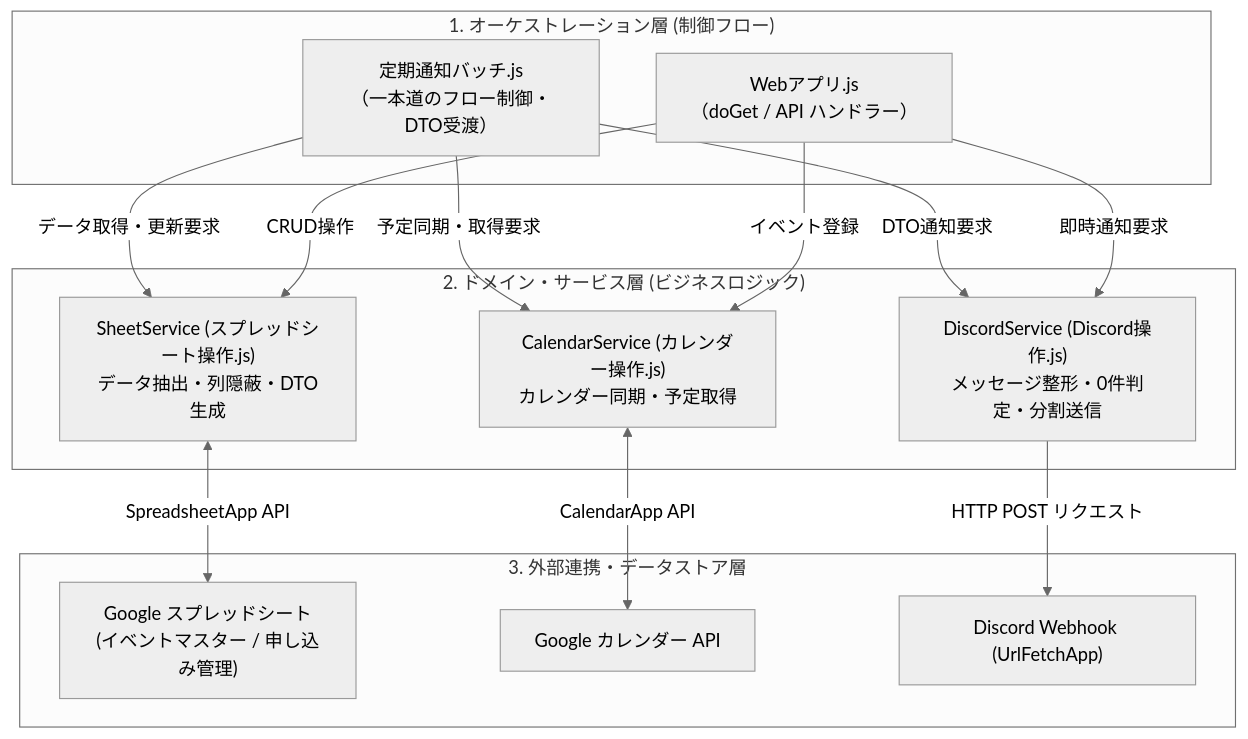
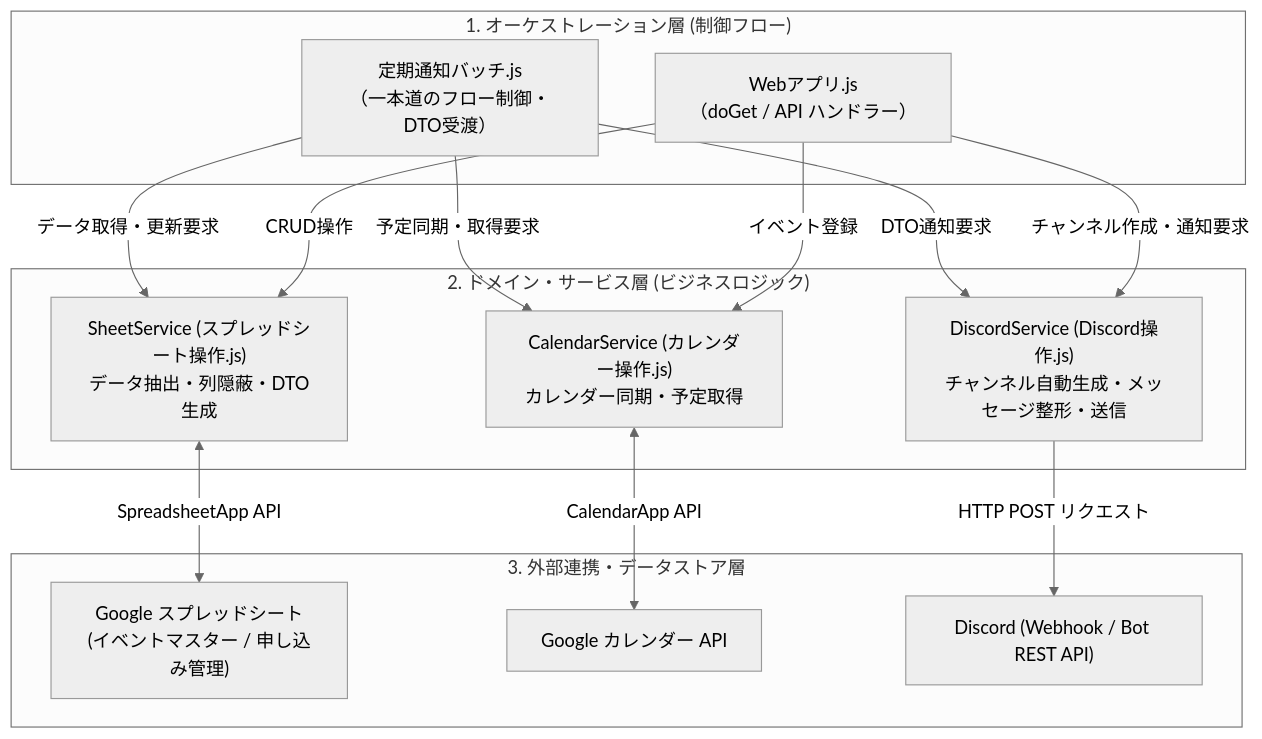
One commit to miyagey/discord-notifier changed the diagram in docs/ARCHITECTURE.md. Above: the diagram before and after it, drawn with Mermaid (neutral theme). The commit also changed other lines of this file and 6 other files, not shown here.

````diff
--- a/docs/ARCHITECTURE.md
+++ b/docs/ARCHITECTURE.md
@@ -11,31 +11,31 @@
 ```mermaid
 flowchart TD
     subgraph OrchestrationLayer ["1. オーケストレーション層 (制御フロー)"]
         Batch["定期通知バッチ.js<br>（一本道のフロー制御・DTO受渡）"]
         WebApp["Webアプリ.js<br>（doGet / API ハンドラー）"]
     end
 
     subgraph ServiceLayer ["2. ドメイン・サービス層 (ビジネスロジック)"]
         SheetService["SheetService (スプレッドシート操作.js)<br>データ抽出・列隠蔽・DTO生成"]
         CalendarService["CalendarService (カレンダー操作.js)<br>カレンダー同期・予定取得"]
-        DiscordService["DiscordService (Discord操作.js)<br>メッセージ整形・0件判定・分割送信"]
+        DiscordService["DiscordService (Discord操作.js)<br>チャンネル自動生成・メッセージ整形・送信"]
     end
 
     subgraph ExternalLayer ["3. 外部連携・データストア層"]
         GSheet["Google スプレッドシート<br>(イベントマスター / 申し込み管理)"]
         GCal["Google カレンダー API"]
-        Discord["Discord Webhook (UrlFetchApp)"]
+        Discord["Discord (Webhook / Bot REST API)"]
     end
 
     Batch -->|"データ取得・更新要求"| SheetService
     Batch -->|"予定同期・取得要求"| CalendarService
     Batch -->|"DTO通知要求"| DiscordService
 
     WebApp -->|"CRUD操作"| SheetService
     WebApp -->|"イベント登録"| CalendarService
-    WebApp -->|"即時通知要求"| DiscordService
+    WebApp -->|"チャンネル作成・通知要求"| DiscordService
 
     SheetService <-->|"SpreadsheetApp API"| GSheet
     CalendarService <-->|"CalendarApp API"| GCal
     DiscordService -->|"HTTP POST リクエスト"| Discord
 ```
````
